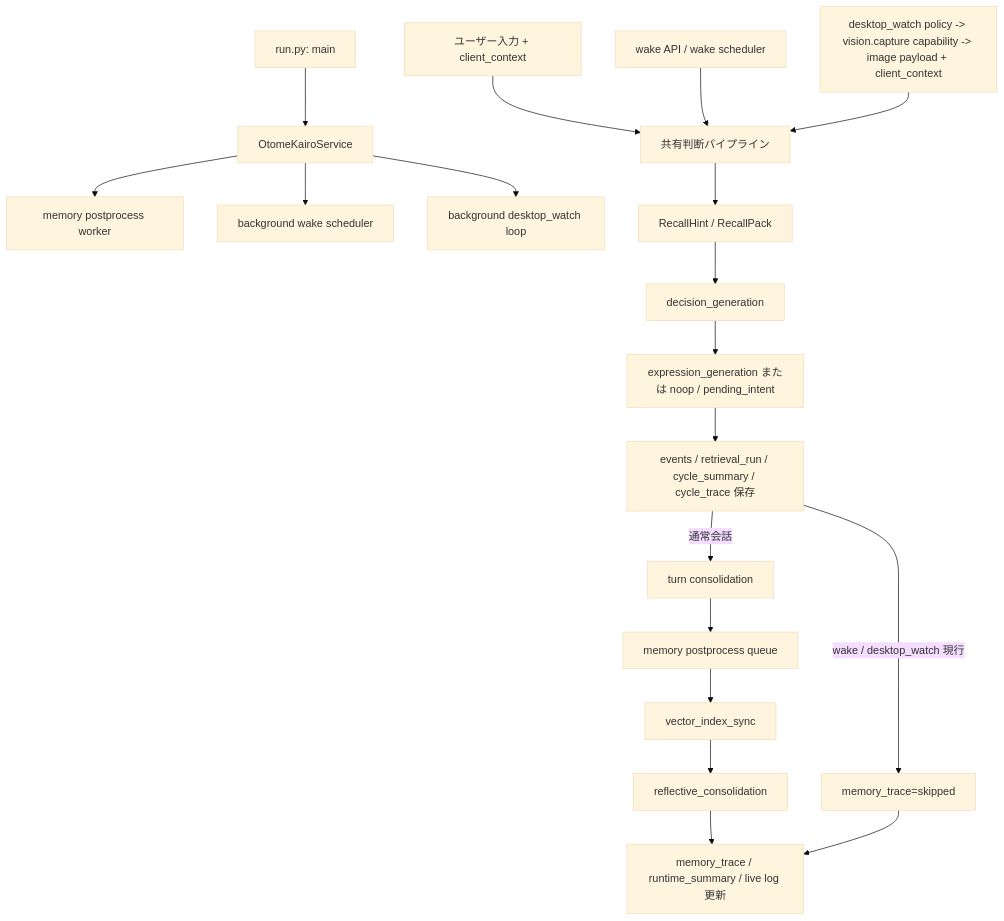
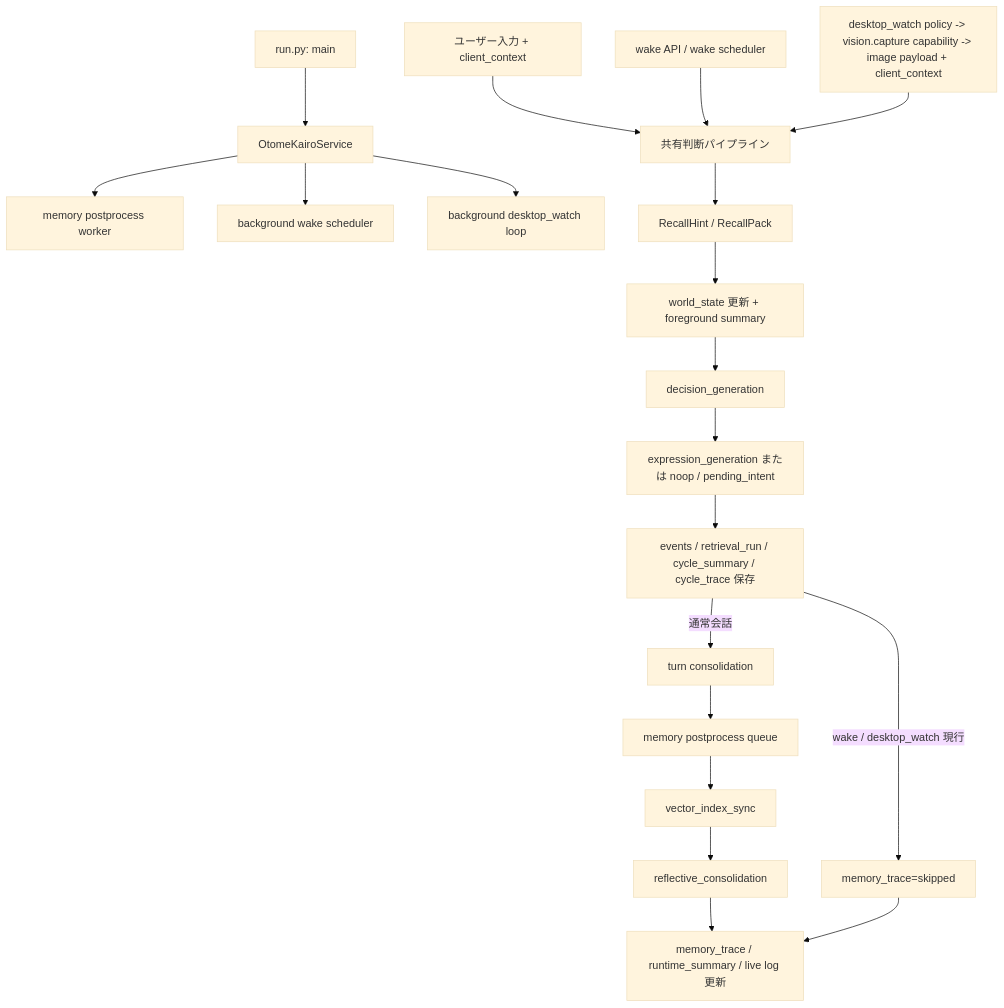
Before and after one commit to hirona98/OtomeKairo: the second of 4 diagrams in docs/plan/02_現行処理フロー.md, drawn with Mermaid (base theme). The commit also changed other lines of this file and 11 other files, not shown here.

````diff
--- a/docs/plan/02_現行処理フロー.md
+++ b/docs/plan/02_現行処理フロー.md
@@ -102,24 +102,25 @@
 ```mermaid
 flowchart TD
     Start["run.py: main"] --> Service["OtomeKairoService"]
     Service --> Worker["memory postprocess worker"]
     Service --> WakeLoop["background wake scheduler"]
     Service --> WatchLoop["background desktop_watch loop"]
 
     User["ユーザー入力 + client_context"] --> Shared["共有判断パイプライン"]
     WakeAPI["wake API / wake scheduler"] --> Shared
     Watch["desktop_watch policy -> vision.capture capability -> image payload + client_context"] --> Shared
 
     Shared --> Recall["RecallHint / RecallPack"]
-    Recall --> Decision["decision_generation"]
+    Recall --> WorldState["world_state 更新 + foreground summary"]
+    WorldState --> Decision["decision_generation"]
     Decision --> Reply["expression_generation または noop / pending_intent"]
     Reply --> Persist["events / retrieval_run / cycle_summary / cycle_trace 保存"]
 
     Persist -->|通常会話| Memory["turn consolidation"]
     Persist -->|wake / desktop_watch 現行| SkipMemory["memory_trace=skipped"]
     Memory --> Queue["memory postprocess queue"]
     Queue --> Vec["vector_index_sync"]
     Vec --> Reflect["reflective_consolidation"]
     Reflect --> Update["memory_trace / runtime_summary / live log 更新"]
     SkipMemory --> Update
 ```
````
